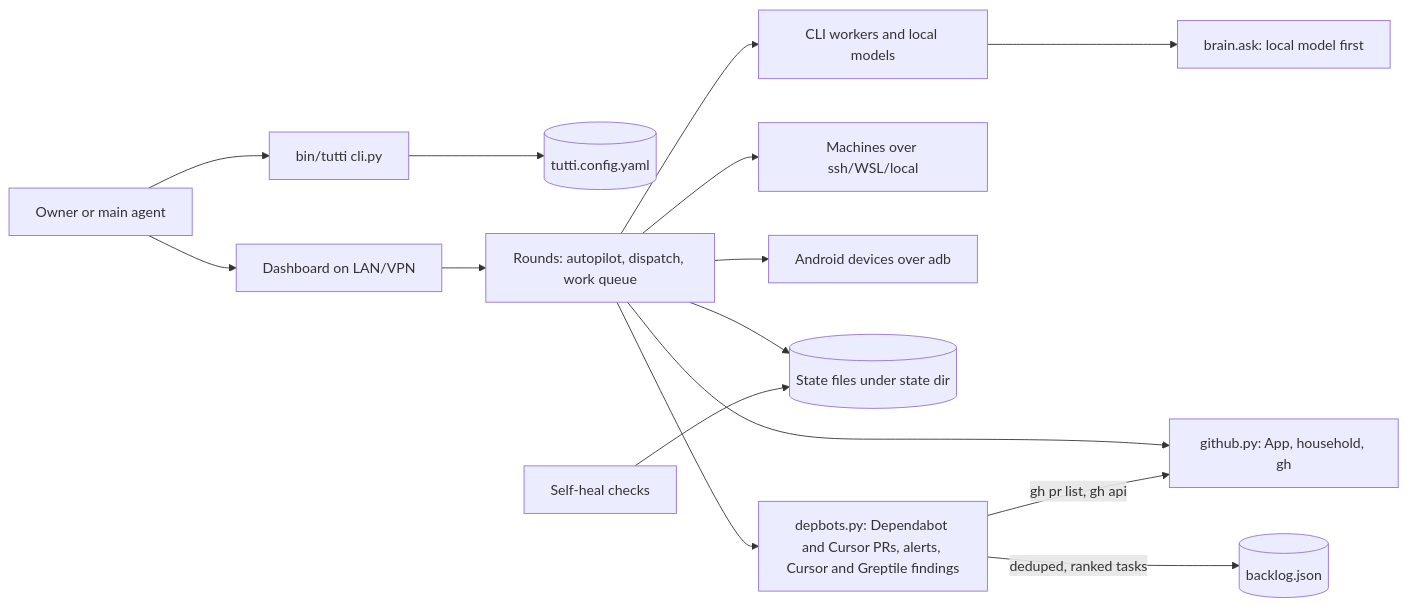
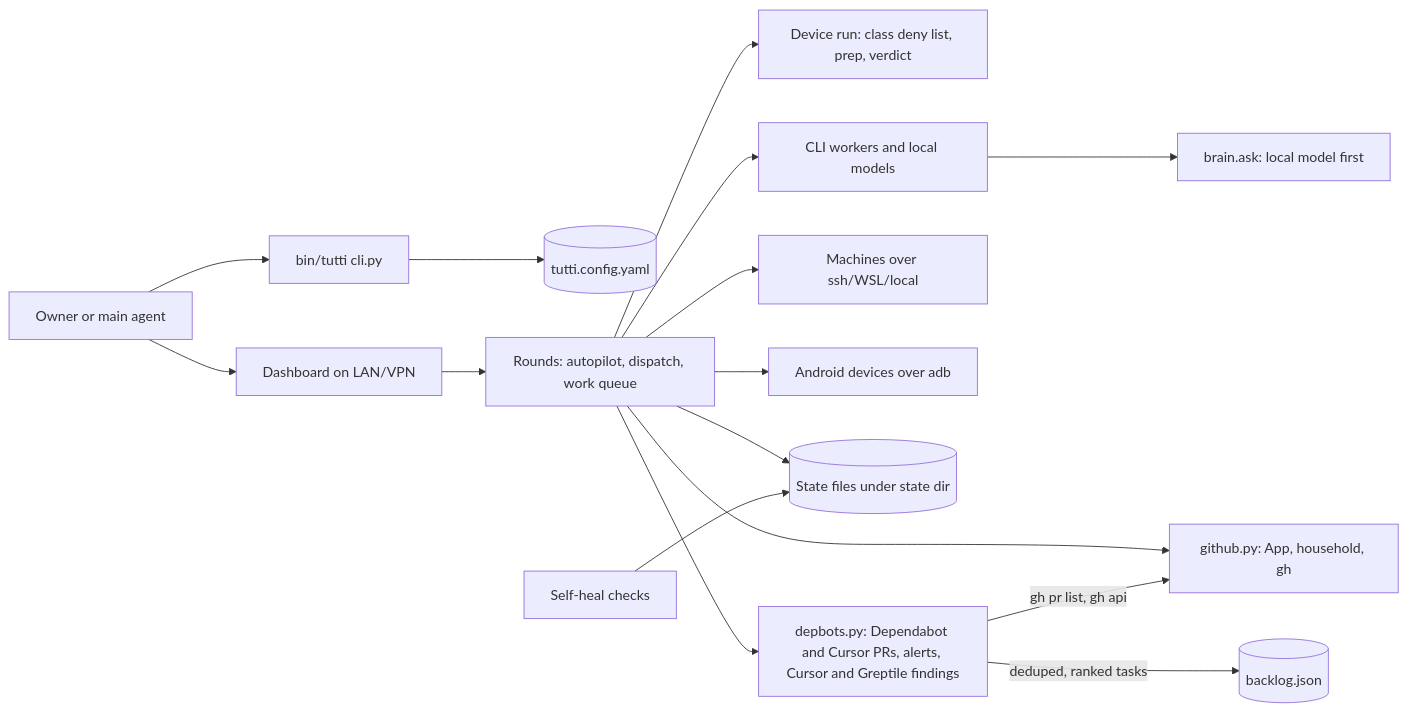
The first of 6 diagrams in docs/ARCHITECTURE.md (ventura8/Tutti), drawn with Mermaid before and after one commit. The commit also changed other lines of this file and 10 other files, not shown here.

Commit message:
feat(dispatch): device-class deny lists, kept prep items, no-test runs fail, shards_from joins listed shards (0.22.0)

````diff
--- a/docs/ARCHITECTURE.md
+++ b/docs/ARCHITECTURE.md
@@ -62,17 +62,18 @@
 ```mermaid
 flowchart LR
     owner[Owner or main agent] --> cli[bin/tutti cli.py]
     owner --> dash[Dashboard on LAN/VPN]
     cli --> cfg[(tutti.config.yaml)]
     dash --> rounds[Rounds: autopilot, dispatch, work queue]
+    rounds --> devrun[Device run: class deny list, prep, verdict]
     rounds --> workers[CLI workers and local models]
     rounds --> machines[Machines over ssh/WSL/local]
     rounds --> devices[Android devices over adb]
     workers --> brain[brain.ask: local model first]
     rounds --> state[(State files under state dir)]
     rounds --> gh[github.py: App, household, gh]
     selfheal[Self-heal checks] --> state
     rounds --> depbots[depbots.py: Dependabot and Cursor PRs, alerts, Cursor and Greptile findings]
     depbots -->|gh pr list, gh api| gh
     depbots -->|deduped, ranked tasks| backlogq[(backlog.json)]
 ```
````
